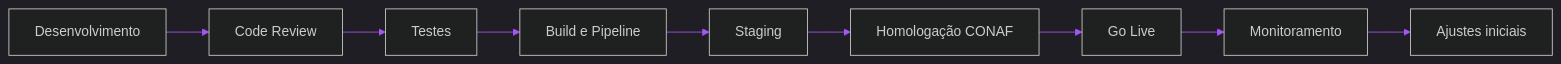
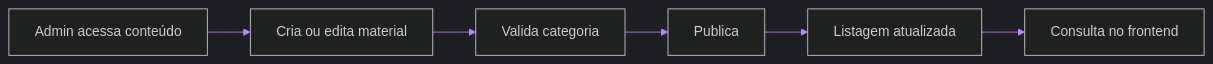
One commit to NickDevHolz/Terra-Conecta changed the ninth of 11 diagrams in Terra Conecta — Proposta Institucional, Comercial e Técnica.md. Above: the diagram before and after it, drawn with Mermaid. The commit also changed other lines of this file, not shown here.

````diff
--- a/Terra Conecta — Proposta Institucional, Comercial e Técnica.md
+++ b/Terra Conecta — Proposta Institucional, Comercial e Técnica.md
@@ -629,22 +552,19 @@
 ```mermaid
 %%{init: {
 'theme':'dark',
 'themeVariables':{
 'background':'#020617',
 'primaryColor':'#06efff',
 'primaryTextColor':'#f8fafc',
 'primaryBorderColor':'#22c55e',
-'lineColor':'#a855f7',
+'lineColor':'#c084fc',
 'secondaryColor':'#0f172a',
 'tertiaryColor':'#111827'
 }}}%%
 flowchart LR
-A[Desenvolvimento] --> B[Code Review]
-B --> C[Testes]
-C --> D[Build e Pipeline]
-D --> E[Staging]
-E --> F[Homologação CONAF]
-F --> G[Go Live]
-G --> H[Monitoramento]
-H --> I[Ajustes iniciais]
+A[Admin acessa conteúdo] --> B[Cria ou edita material]
+B --> C[Valida categoria]
+C --> D[Publica]
+D --> E[Listagem atualizada]
+E --> F[Consulta no frontend]
 ```
````
